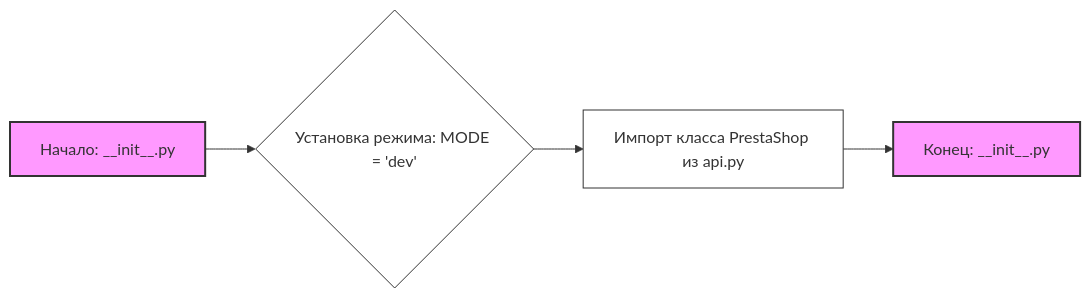
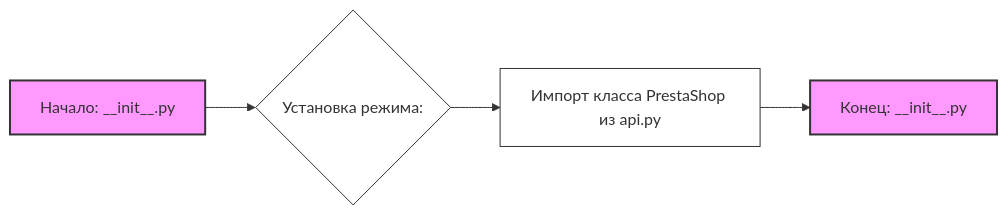
The diagram in docs/gemini/ru/explainer/src/endpoints/prestashop/api/__init__.py.md (hypo69/hypo), drawn with Mermaid before and after one commit. The commit also changed other lines of this file and 6031 other files, not shown here.

````diff
--- a/docs/gemini/ru/explainer/src/endpoints/prestashop/api/__init__.py.md
+++ b/docs/gemini/ru/explainer/src/endpoints/prestashop/api/__init__.py.md
@@ -10,12 +10,12 @@
 ```mermaid
 graph LR
-    A[Начало: __init__.py] --> B{Установка режима: MODE = 'dev'};
+    A[Начало: __init__.py] --> B{Установка режима: };
     B --> C[Импорт класса PrestaShop из api.py];
     C --> D[Конец: __init__.py];
     
     style A fill:#f9f,stroke:#333,stroke-width:2px
     style D fill:#f9f,stroke:#333,stroke-width:2px
     
     classDef default fill:#fff,stroke:#333,stroke-width:1px
     class A,B,C,D default
 ```
````
